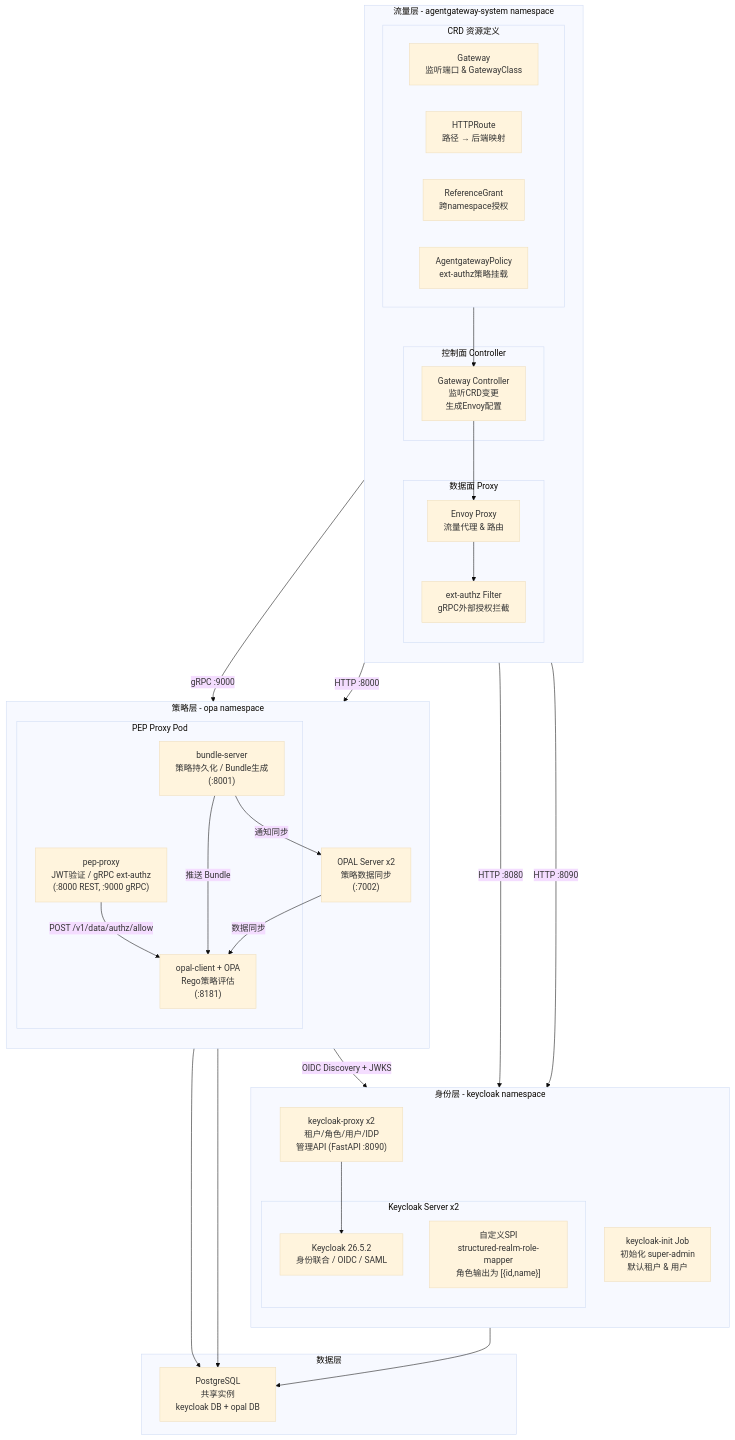
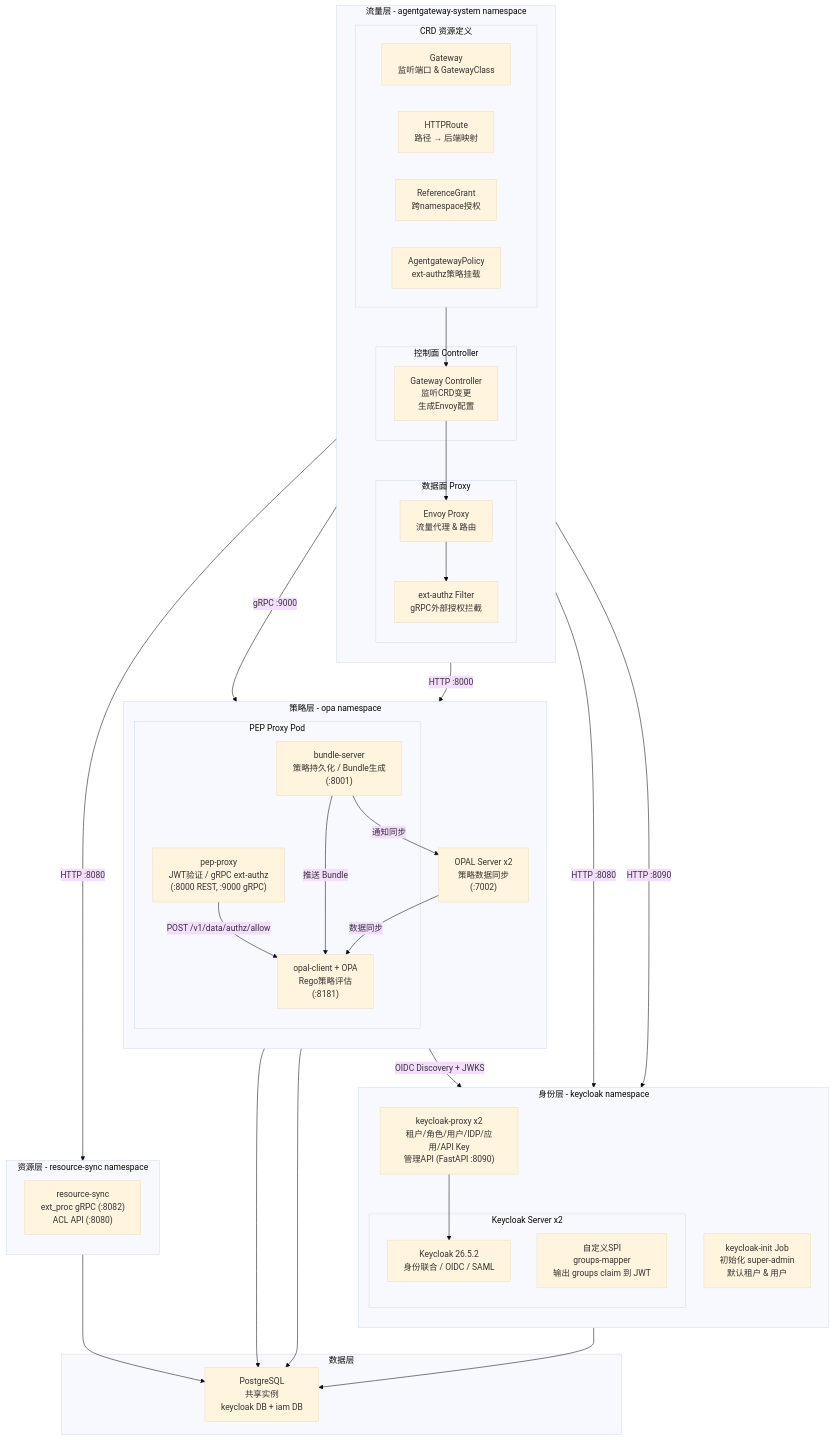
One commit to xiewanchao/aidp-iam changed the seventh of 16 diagrams in da-cluster/docs/design-specification.md. Above: the diagram before and after it, drawn with Mermaid (base theme). The commit also changed other lines of this file and 13 other files, not shown here.

````diff
--- a/da-cluster/docs/design-specification.md
+++ b/da-cluster/docs/design-specification.md
@@ -304,63 +326,71 @@
 ```mermaid
 graph TB
     subgraph 流量层 - agentgateway-system namespace
         direction TB
         subgraph CRDs[CRD 资源定义]
             GW_CRD["Gateway<br/>监听端口 & GatewayClass"]
             HR_CRD["HTTPRoute<br/>路径 → 后端映射"]
             RG_CRD["ReferenceGrant<br/>跨namespace授权"]
             AP_CRD["AgentgatewayPolicy<br/>ext-authz策略挂载"]
         end
         subgraph 控制面[控制面 Controller]
             GW_CTRL["Gateway Controller<br/>监听CRD变更<br/>生成Envoy配置"]
         end
         subgraph 数据面[数据面 Proxy]
             ENVOY["Envoy Proxy<br/>流量代理 & 路由"]
             EXTAUTH_FILTER["ext-authz Filter<br/>gRPC外部授权拦截"]
         end
     end
 
     subgraph 身份层 - keycloak namespace
         direction TB
         subgraph KC_Core[Keycloak Server x2]
             KC["Keycloak 26.5.2<br/>身份联合 / OIDC / SAML"]
-            SPI["自定义SPI<br/>structured-realm-role-mapper<br/>角色输出为 [{id,name}]"]
+            SPI["自定义SPI<br/>groups-mapper<br/>输出 groups claim 到 JWT"]
         end
-        KC_PROXY["keycloak-proxy x2<br/>租户/角色/用户/IDP<br/>管理API (FastAPI :8090)"]
+        KC_PROXY["keycloak-proxy x2<br/>租户/角色/用户/IDP/应用/API Key<br/>管理API (FastAPI :8090)"]
         KC_INIT["keycloak-init Job<br/>初始化 super-admin<br/>默认租户 & 用户"]
     end
 
     subgraph 策略层 - opa namespace
         direction TB
         subgraph PEP_POD[PEP Proxy Pod]
             PEP["pep-proxy<br/>JWT验证 / gRPC ext-authz<br/>(:8000 REST, :9000 gRPC)"]
             BUNDLE["bundle-server<br/>策略持久化 / Bundle生成<br/>(:8001)"]
             OPA_CLIENT["opal-client + OPA<br/>Rego策略评估<br/>(:8181)"]
         end
         OPAL_SRV["OPAL Server x2<br/>策略数据同步<br/>(:7002)"]
     end
 
+    subgraph 资源层 - resource-sync namespace
+        direction TB
+        RSYNC["resource-sync<br/>ext_proc gRPC (:8082)<br/>ACL API (:8080)"]
+    end
+
     subgraph 数据层
-        PG["PostgreSQL<br/>共享实例<br/>keycloak DB + opal DB"]
+        PG["PostgreSQL<br/>共享实例<br/>keycloak DB + iam DB"]
     end
 
     CRDs --> GW_CTRL
     GW_CTRL --> ENVOY
     ENVOY --> EXTAUTH_FILTER
 
     EXTAUTH_FILTER -->|gRPC :9000| PEP
     ENVOY -->|HTTP :8080| KC
     ENVOY -->|HTTP :8090| KC_PROXY
     ENVOY -->|HTTP :8000| PEP
 
     PEP -->|POST /v1/data/authz/allow| OPA_CLIENT
     PEP -->|OIDC Discovery + JWKS| KC
     BUNDLE -->|推送 Bundle| OPA_CLIENT
     BUNDLE -->|通知同步| OPAL_SRV
     OPAL_SRV -->|数据同步| OPA_CLIENT
 
+    ENVOY -->|HTTP :8080| RSYNC
+    RSYNC --> PG
+
     KC --> PG
     BUNDLE --> PG
     OPAL_SRV --> PG
     KC_PROXY --> KC
 ```
````
